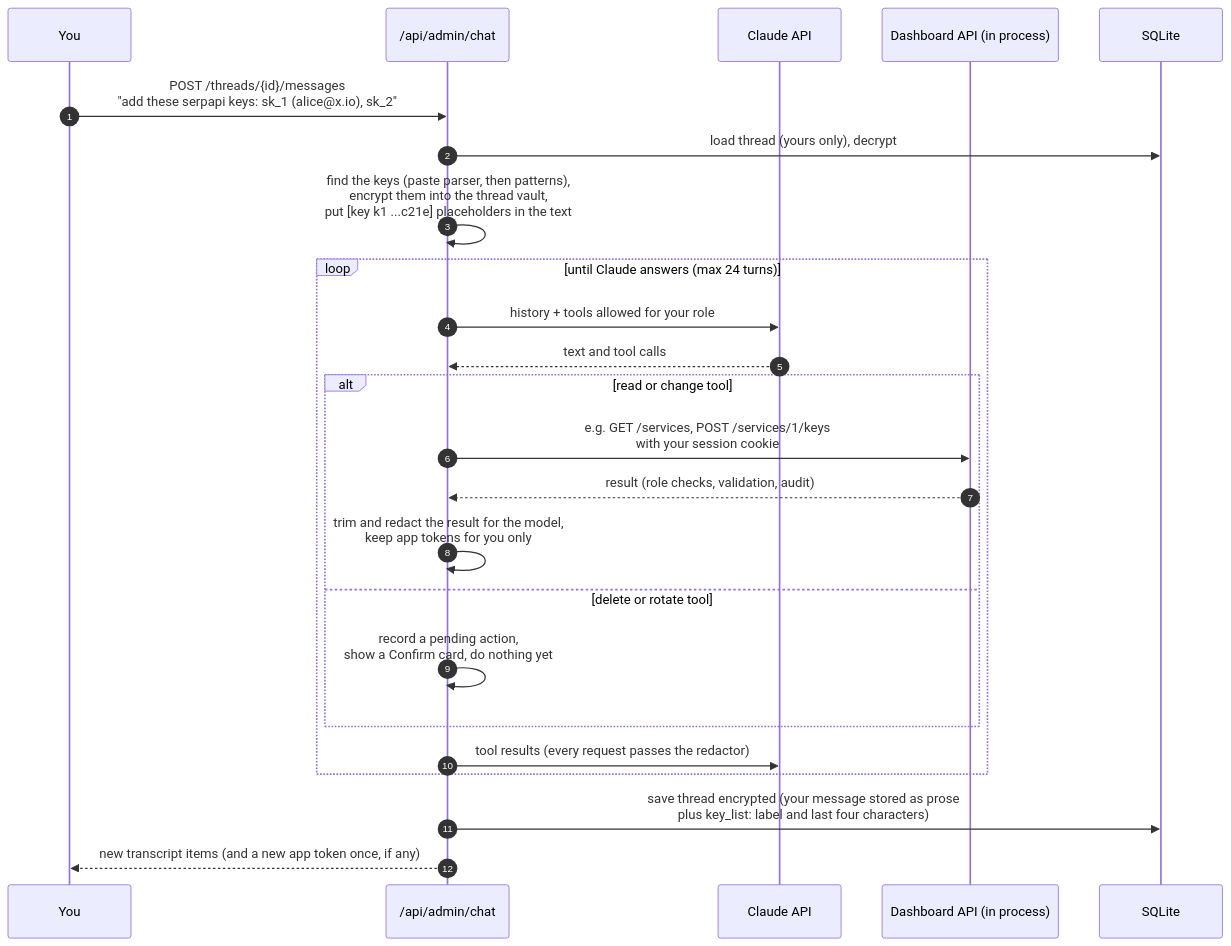
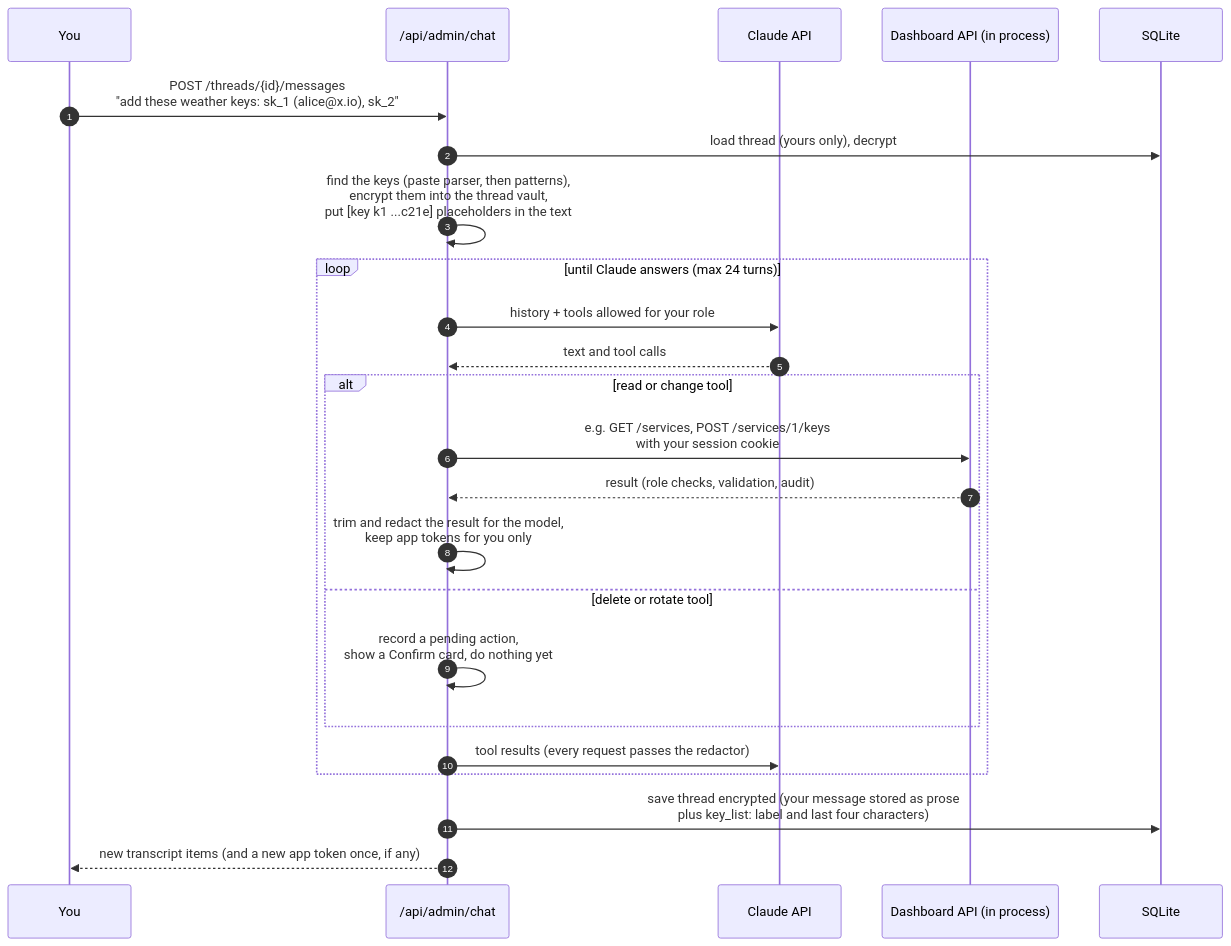
Diagram 12 of 20 in server/internal/docsmd/files/flows.md (sidharthpunathil/acnologia), drawn with Mermaid before and after one commit. The commit also changed other lines of this file and 34 other files, not shown here.

````diff
--- a/server/internal/docsmd/files/flows.md
+++ b/server/internal/docsmd/files/flows.md
@@ -568,27 +750,27 @@
 ```mermaid
 sequenceDiagram
     autonumber
     participant U as You
     participant C as /api/admin/chat
     participant Cl as Claude API
     participant D as Dashboard API (in process)
     participant DB as SQLite
 
-    U->>C: POST /threads/{id}/messages<br/>"add these serpapi keys: sk_1 (alice@x.io), sk_2"
+    U->>C: POST /threads/{id}/messages<br/>"add these weather keys: sk_1 (alice@x.io), sk_2"
     C->>DB: load thread (yours only), decrypt
     C->>C: find the keys (paste parser, then patterns),<br/>encrypt them into the thread vault,<br/>put [key k1 ...c21e] placeholders in the text
     loop until Claude answers (max 24 turns)
         C->>Cl: history + tools allowed for your role
         Cl-->>C: text and tool calls
         alt read or change tool
             C->>D: e.g. GET /services, POST /services/1/keys<br/>with your session cookie
             D-->>C: result (role checks, validation, audit)
             C->>C: trim and redact the result for the model,<br/>keep app tokens for you only
         else delete or rotate tool
             C->>C: record a pending action,<br/>show a Confirm card, do nothing yet
         end
         C->>Cl: tool results (every request passes the redactor)
     end
     C->>DB: save thread encrypted (your message stored as prose<br/>plus key_list: label and last four characters)
     C-->>U: new transcript items (and a new app token once, if any)
 ```
````
